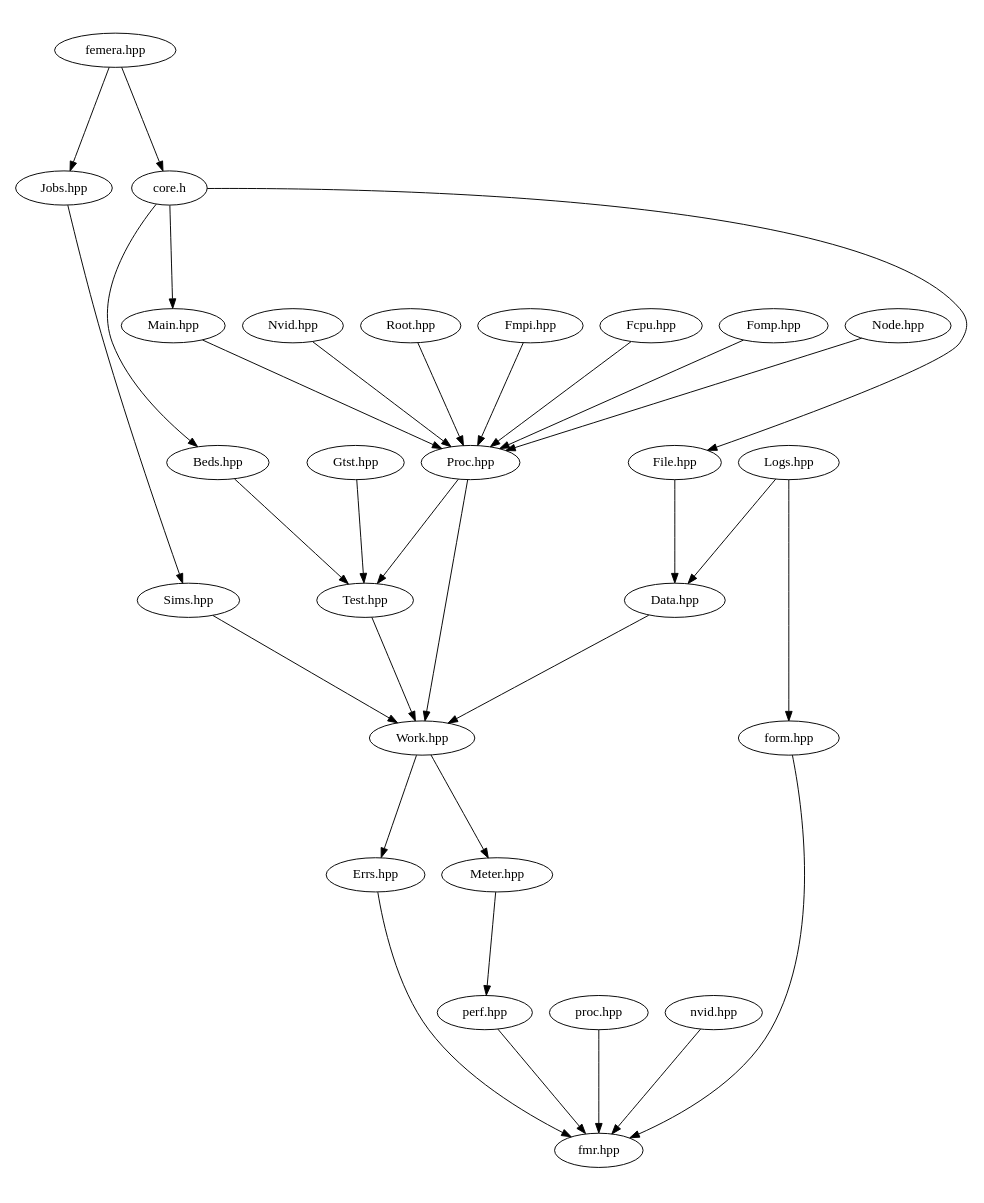
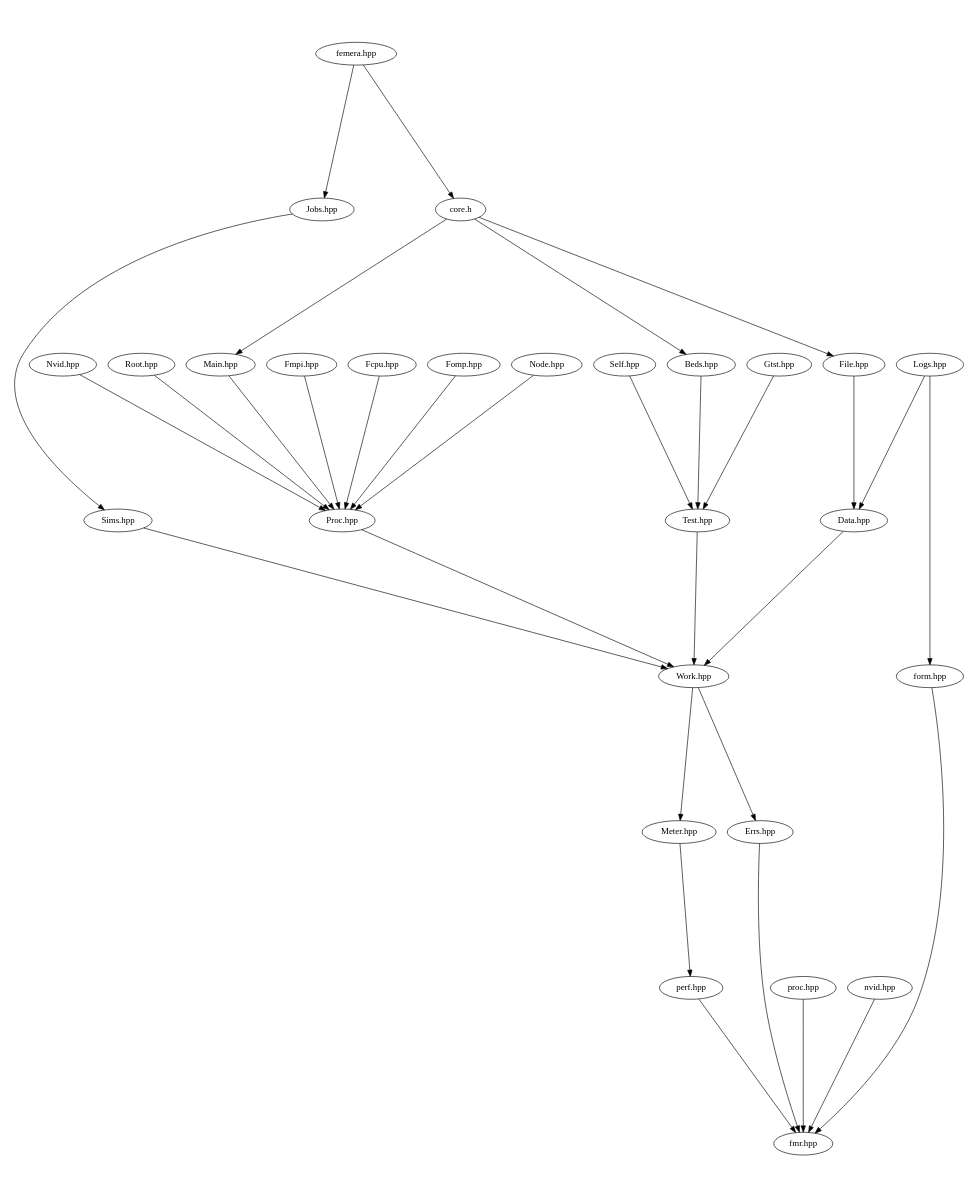
Before and after one commit to waggyz/femera-mini-app: the diagram in src/docs/src-headers.dot, drawn with Graphviz. The commit also changed 11 other files, not shown here.

```diff
--- a/src/docs/src-headers.dot
+++ b/src/docs/src-headers.dot
@@ -1,39 +1,39 @@
 digraph "source tree" {
     overlap=scale;
     size="8,10";
     ratio="fill";
     fontsize="16";
     fontname="Helvetica";
 	clusterrank="local";
 	"femera.hpp" -> "Jobs.hpp"
 	"Meter.hpp" -> "perf.hpp"
 	"Sims.hpp" -> "Work.hpp"
 	"Work.hpp" -> "Errs.hpp"
 	"proc.hpp" -> "fmr.hpp"
 	"Nvid.hpp" -> "Proc.hpp"
 	"Root.hpp" -> "Proc.hpp"
 	"core.h" -> "Main.hpp"
 	"nvid.hpp" -> "fmr.hpp"
 	"perf.hpp" -> "fmr.hpp"
-	"Proc.hpp" -> "Test.hpp"
 	"Fmpi.hpp" -> "Proc.hpp"
 	"Test.hpp" -> "Work.hpp"
 	"Fcpu.hpp" -> "Proc.hpp"
 	"Fomp.hpp" -> "Proc.hpp"
 	"core.h" -> "File.hpp"
 	"Logs.hpp" -> "Data.hpp"
+	"Self.hpp" -> "Test.hpp"
 	"core.h" -> "Beds.hpp"
 	"Errs.hpp" -> "fmr.hpp"
 	"Node.hpp" -> "Proc.hpp"
 	"Jobs.hpp" -> "Sims.hpp"
 	"File.hpp" -> "Data.hpp"
 	"Beds.hpp" -> "Test.hpp"
 	"Proc.hpp" -> "Work.hpp"
 	"form.hpp" -> "fmr.hpp"
 	"Gtst.hpp" -> "Test.hpp"
 	"Data.hpp" -> "Work.hpp"
 	"femera.hpp" -> "core.h"
 	"Work.hpp" -> "Meter.hpp"
 	"Logs.hpp" -> "form.hpp"
 	"Main.hpp" -> "Proc.hpp"
 }
```
